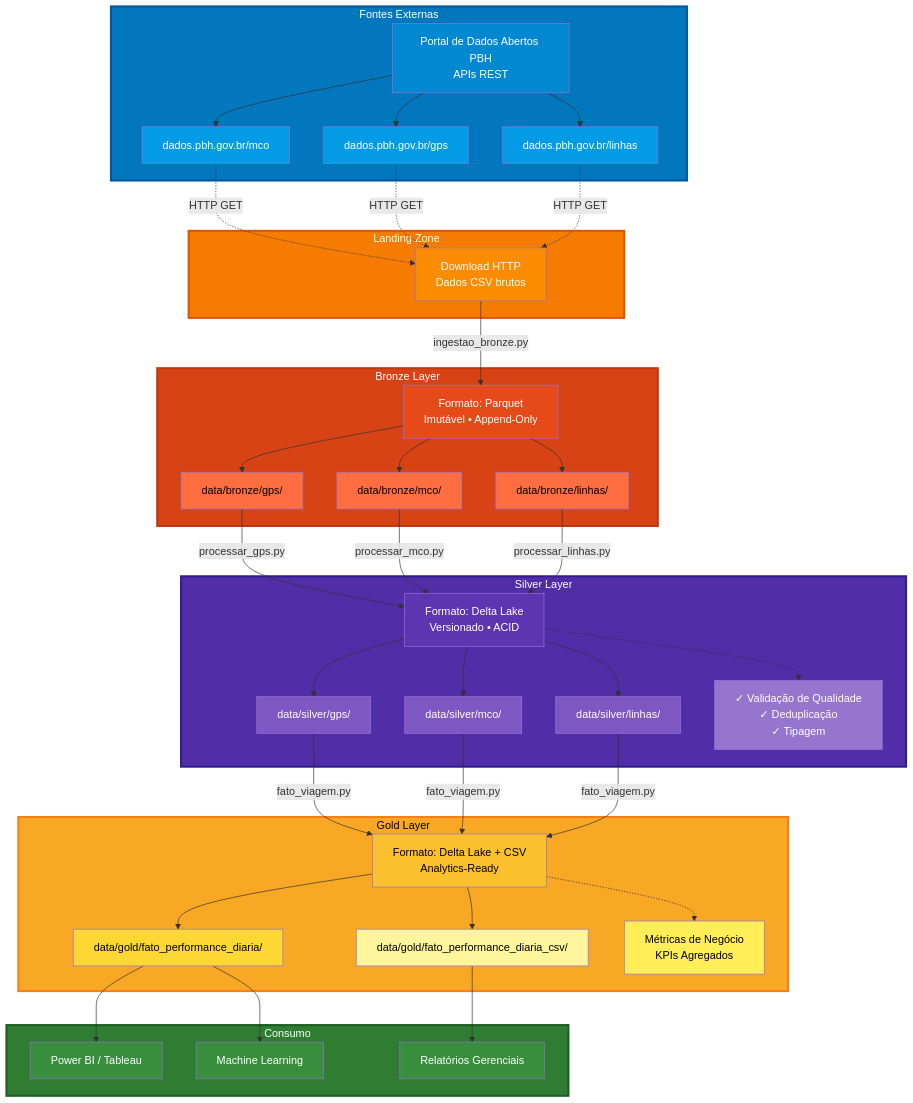
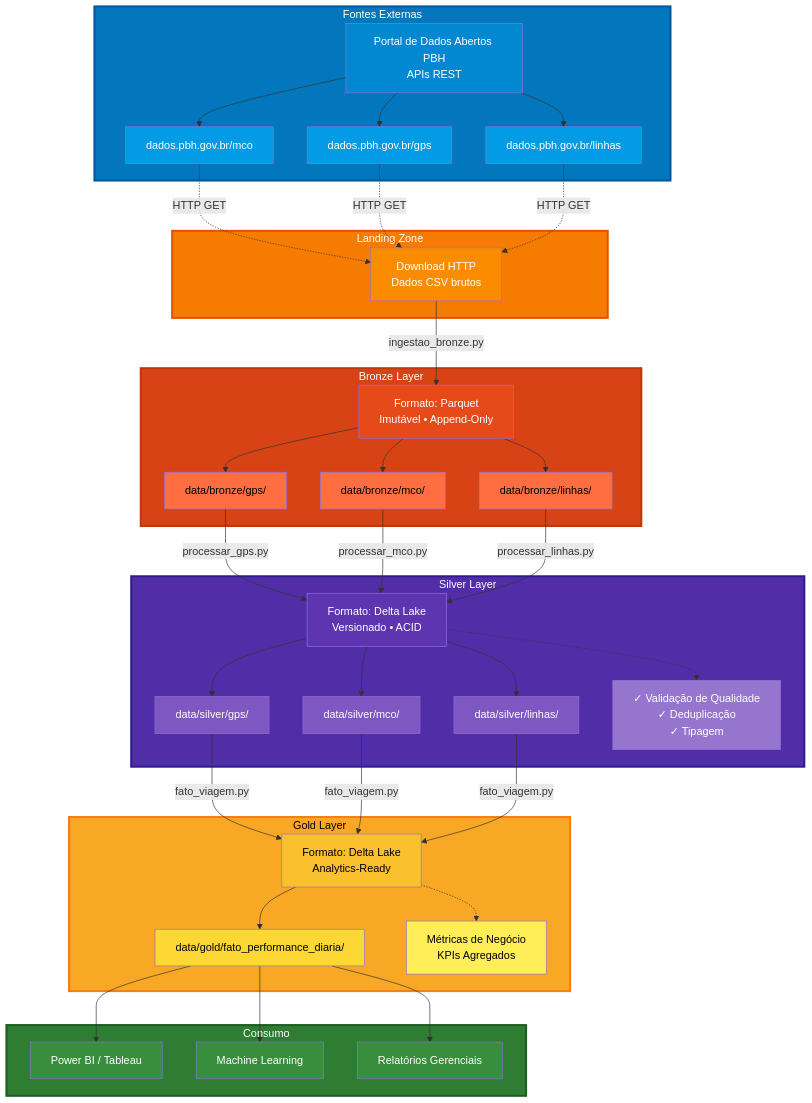
One commit to ZariTen/projeto-dados-pl changed the first of 2 diagrams in README.md. Above: the diagram before and after it, drawn with Mermaid.

Commit message:
Remover referência à exportação CSV no diagrama da arquitetura do fluxo ETL

```diff
--- a/README.md
+++ b/README.md
@@ -62,9 +62,8 @@
     end
     
     subgraph GOLD["Gold Layer"]
-        G_FORMAT["Formato: Delta Lake + CSV<br/>Analytics-Ready"]
+        G_FORMAT["Formato: Delta Lake<br/>Analytics-Ready"]
         G_FATO["data/gold/fato_performance_diaria/"]
-        G_CSV["data/gold/fato_performance_diaria_csv/"]
         G_METRICS["Métricas de Negócio<br/> KPIs Agregados"]
     end
     
@@ -97,11 +96,10 @@
     S_LINHAS -->|fato_viagem.py| G_FORMAT
     
     G_FORMAT --> G_FATO
-    G_FORMAT --> G_CSV
     G_FORMAT -.-> G_METRICS
     
     G_FATO --> BI
-    G_CSV --> REPORTS
+    G_FATO --> REPORTS
     G_FATO --> ML
     
     style SOURCES fill:#0277bd,color:#fff,stroke:#01579b,stroke-width:3px
@@ -129,7 +127,6 @@
     style GOLD fill:#f9a825,color:#000,stroke:#f57f17,stroke-width:3px
     style G_FORMAT fill:#fbc02d,color:#000
     style G_FATO fill:#fdd835,color:#000
-    style G_CSV fill:#fff59d,color:#000
     style G_METRICS fill:#ffee58,color:#000
     
     style CONSUME fill:#2e7d32,color:#fff,stroke:#1b5e20,stroke-width:3px
```
